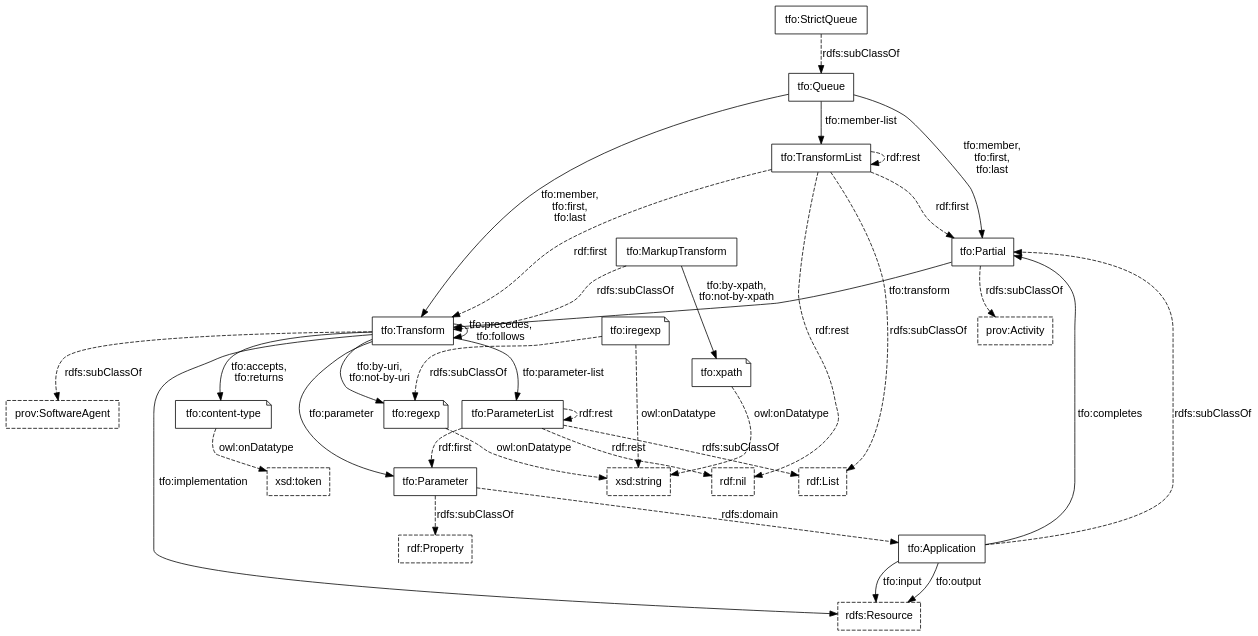
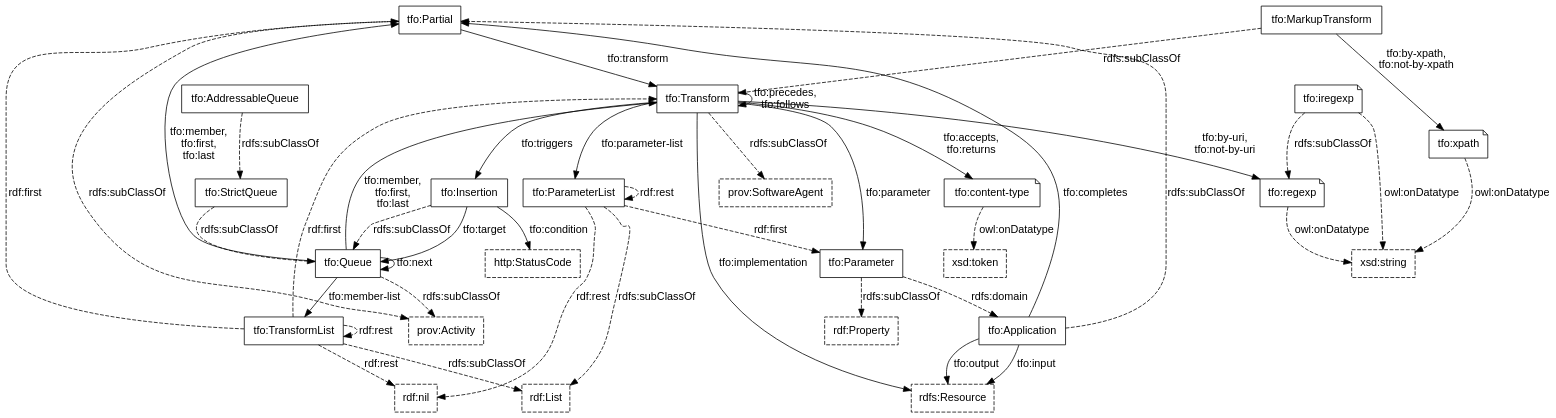
One commit to doriantaylor/owl-transformation changed the diagram in transformation-classes.dot. Above: the diagram before and after it, drawn with Graphviz. The commit also changed 4 other files, not shown here.

```diff
--- a/transformation-classes.dot
+++ b/transformation-classes.dot
@@ -1,94 +1,104 @@
 digraph {
     graph [bgcolor=transparent];
     node [shape=box,color="#000000",fontcolor="#000000",fontname="Lucida Grande, Lucida Sans Unicode, sans-serif"];
     edge [color="#000000",fontcolor="#000000",fontname="Lucida Grande, Lucida Sans Unicode, sans-serif"];
 
     // third-party classes
 
     subgraph {
         node [style=dashed];
         prov_Activity [label="prov:Activity", target="_parent", href="https://www.w3.org/TR/prov-o/#Activity"];
         prov_SoftwareAgent [label="prov:SoftwareAgent", target="_parent", href="https://www.w3.org/TR/prov-o/#SoftwareAgent"];
         rdf_List      [label="rdf:List", target="_parent", href="https://www.w3.org/TR/rdf-schema/#ch_list"];
         rdf_Property  [label="rdf:Property", target="_parent", href="https://www.w3.org/TR/rdf-schema/#ch_property"];
         rdfs_Resource [label="rdfs:Resource", target="_parent", href="https://www.w3.org/TR/rdf-schema/#ch_resource"];
+        http_StatusCode [label="http:StatusCode", target="_parent", href="https://www.w3.org/TR/HTTP-in-RDF10/#StatusCodeClass"];
         xsd_string    [label="xsd:string", target="_parent", href="https://www.w3.org/TR/xmlschema-2/#string"];
         xsd_token     [label="xsd:token", target="_parent", href="https://www.w3.org/TR/xmlschema-2/#token"];
         rdf_nil       [label="rdf:nil", target="_parent", href="https://www.w3.org/TR/rdf-schema/#ch_nil"];
     }
 
     // our classes
 
     tfo_Application [label="tfo:Application", target="_parent", href="https://vocab.methodandstructure.com/transformation#Application"];
     tfo_Parameter [label="tfo:Parameter", target="_parent", href="https://vocab.methodandstructure.com/transformation#Parameter"];
     tfo_ParameterList [label="tfo:ParameterList", target="_parent", href="https://vocab.methodandstructure.com/transformation#ParameterList"];
     tfo_Partial [label="tfo:Partial", target="_parent", href="https://vocab.methodandstructure.com/transformation#Partial"];
     tfo_Transform [label="tfo:Transform", target="_parent", href="https://vocab.methodandstructure.com/transformation#Transform"];
     tfo_MarkupTransform [label="tfo:MarkupTransform", target="_parent", href="https://vocab.methodandstructure.com/transformation#MarkupTransform"];
     tfo_Queue [label="tfo:Queue", target="_parent", href="https://vocab.methodandstructure.com/transformation#Queue"];
     tfo_StrictQueue [label="tfo:StrictQueue", target="_parent", href="https://vocab.methodandstructure.com/transformation#StrictQueue"];
+    tfo_AddressableQueue [label="tfo:AddressableQueue", target="_parent", href="https://vocab.methodandstructure.com/transformation#AddressableQueue"];
     tfo_TransformList [label="tfo:TransformList", target="_parent", href="https://vocab.methodandstructure.com/transformation#TransformList"];
+    tfo_Insertion [label="tfo:Insertion", target="_parent", href="https://vocab.methodandstructure.com/transformation#Insertion"];
 
     // our datatypes
 
     subgraph {
         node [shape=note];
         tfo_content_type [label="tfo:content-type", target="_parent", href="https://vocab.methodandstructure.com/transformation#content-type"];
         tfo_regexp [label="tfo:regexp", target="_parent", href="https://vocab.methodandstructure.com/transformation#regexp"];
         tfo_iregexp [label="tfo:iregexp", target="_parent", href="https://vocab.methodandstructure.com/transformation#iregexp"];
         tfo_xpath [label="tfo:xpath", target="_parent", href="https://vocab.methodandstructure.com/transformation#xpath"];
     }
 
     subgraph {
         edge [style=dashed, label="owl:onDatatype"];
         tfo_content_type -> xsd_token;
         tfo_regexp       -> xsd_string;
         tfo_iregexp      -> xsd_string;
         tfo_xpath        -> xsd_string;
     }
 
     // subclass relations
 
     subgraph {
         edge [style=dashed, label="rdfs:subClassOf"];
-        tfo_Application     -> tfo_Partial -> prov_Activity;
-        tfo_MarkupTransform -> tfo_Transform -> prov_SoftwareAgent;
-        tfo_Parameter       -> rdf_Property;
-        tfo_ParameterList   -> rdf_List;
-        tfo_iregexp         -> tfo_regexp;
-        tfo_StrictQueue     -> tfo_Queue;
-        tfo_TransformList   -> rdf_List;
+        tfo_Application      -> tfo_Partial -> prov_Activity;
+        tfo_MarkupTransform  -> tfo_Transform -> prov_SoftwareAgent;
+        tfo_Parameter        -> rdf_Property;
+        tfo_ParameterList    -> rdf_List;
+        tfo_iregexp          -> tfo_regexp;
+        tfo_StrictQueue      -> tfo_Queue -> prov_Activity;
+        tfo_AddressableQueue -> tfo_StrictQueue;
+        tfo_Insertion        -> tfo_Queue;
+        tfo_TransformList    -> rdf_List;
     }
 
     // main relations
 
     tfo_Transform -> tfo_Parameter [label="tfo:parameter"];
     tfo_Transform -> tfo_ParameterList [label="tfo:parameter-list"];
     tfo_Transform -> rdfs_Resource [label="tfo:implementation"];
     tfo_Transform -> tfo_content_type [label="tfo:accepts,\ntfo:returns"];
     // tfo_Transform -> tfo_content_type [label="tfo:returns"];
     tfo_Transform -> tfo_Transform [label="tfo:precedes,\ntfo:follows"];
+    tfo_Transform -> tfo_Insertion [label="tfo:triggers"];
     tfo_Partial   -> tfo_Transform [label="tfo:transform"];
     tfo_Application -> tfo_Partial [label="tfo:completes"];
     tfo_Application -> rdfs_Resource [label="tfo:input"];
     tfo_Application -> rdfs_Resource [label="tfo:output"];
 
+    tfo_Queue -> tfo_Queue [label="tfo:next"];
     tfo_Queue -> tfo_Transform [label="tfo:member,\ntfo:first,\ntfo:last"];
     tfo_Queue -> tfo_Partial [label="tfo:member,\ntfo:first,\ntfo:last"];
     tfo_Queue -> tfo_TransformList [label="tfo:member-list"];
+
+    tfo_Insertion -> tfo_Queue [label="tfo:target"];
+    tfo_Insertion -> http_StatusCode [label="tfo:condition"];
 
     tfo_Transform -> tfo_regexp [label="tfo:by-uri,\ntfo:not-by-uri"];
     tfo_MarkupTransform -> tfo_xpath [label="tfo:by-xpath,\ntfo:not-by-xpath"];
 
     subgraph {
         edge [style=dashed];
         tfo_Parameter -> tfo_Application [label="rdfs:domain"];
         tfo_ParameterList -> tfo_Parameter [label="rdf:first"];
         tfo_ParameterList -> tfo_ParameterList [label="rdf:rest"];
         tfo_ParameterList -> rdf_nil [label="rdf:rest"];
         tfo_TransformList -> tfo_Transform [label="rdf:first"];
         tfo_TransformList -> tfo_Partial [label="rdf:first"];
         tfo_TransformList -> tfo_TransformList [label="rdf:rest"];
         tfo_TransformList -> rdf_nil [label="rdf:rest"];
     }
 }
```
